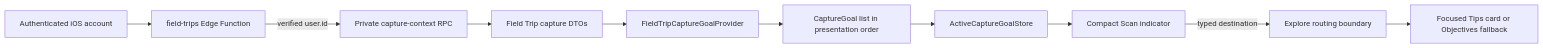
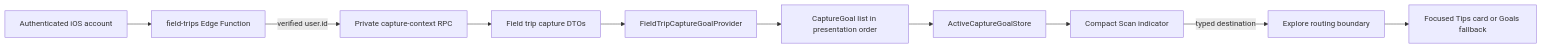
One commit to emreerdener/merian changed the diagram in docs/rfcs/active-capture-goal-context.md. Above: the diagram before and after it, drawn with Mermaid. The commit also changed other lines of this file and 61 other files, not shown here.

Commit message:
feat: implement field trip completion scan linking and rename outings to field trips in UI and documentation

````diff
--- a/docs/rfcs/active-capture-goal-context.md
+++ b/docs/rfcs/active-capture-goal-context.md
@@ -71,12 +71,12 @@
 ```mermaid
 flowchart LR
     A["Authenticated iOS account"] --> B["field-trips Edge Function"]
     B -->|"verified user.id"| C["Private capture-context RPC"]
-    C --> D["Field Trip capture DTOs"]
+    C --> D["Field trip capture DTOs"]
     D --> E["FieldTripCaptureGoalProvider"]
     E --> F["CaptureGoal list in presentation order"]
     F --> G["ActiveCaptureGoalStore"]
     G --> H["Compact Scan indicator"]
     H -->|"typed destination"| I["Explore routing boundary"]
-    I --> J["Focused Tips card or Objectives fallback"]
+    I --> J["Focused Tips card or Goals fallback"]
 ```
````
